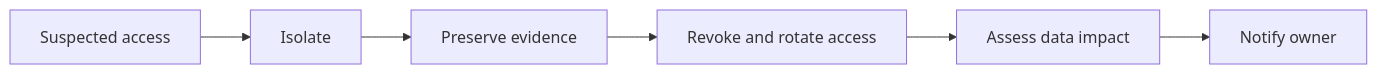
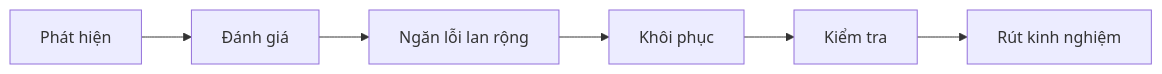
The first of 2 diagrams in maintainances/incident-response.md (LeeTun2k2/insumart-docs), drawn with Mermaid before and after one commit. The commit also changed other lines of this file and 7 other files, not shown here.

Commit message:
Translate deployment architecture and incident response documents to Vietnamese, update cost estimates, and refine maintenance work descriptions for clarity and consistency.

````diff
--- a/maintainances/incident-response.md
+++ b/maintainances/incident-response.md
@@ -124,8 +13,8 @@
 ```mermaid
 flowchart LR
-    Suspect[Suspected access] --> Isolate
-    Isolate --> Preserve[Preserve evidence]
-    Preserve --> Secure[Revoke and rotate access]
-    Secure --> Assess[Assess data impact]
-    Assess --> Notify[Notify owner]
+    PhatHien[Phát hiện] --> DanhGia[Đánh giá]
+    DanhGia --> NganChan[Ngăn lỗi lan rộng]
+    NganChan --> KhoiPhuc[Khôi phục]
+    KhoiPhuc --> KiemTra[Kiểm tra]
+    KiemTra --> RutKinhNghiem[Rút kinh nghiệm]
 ```
````
